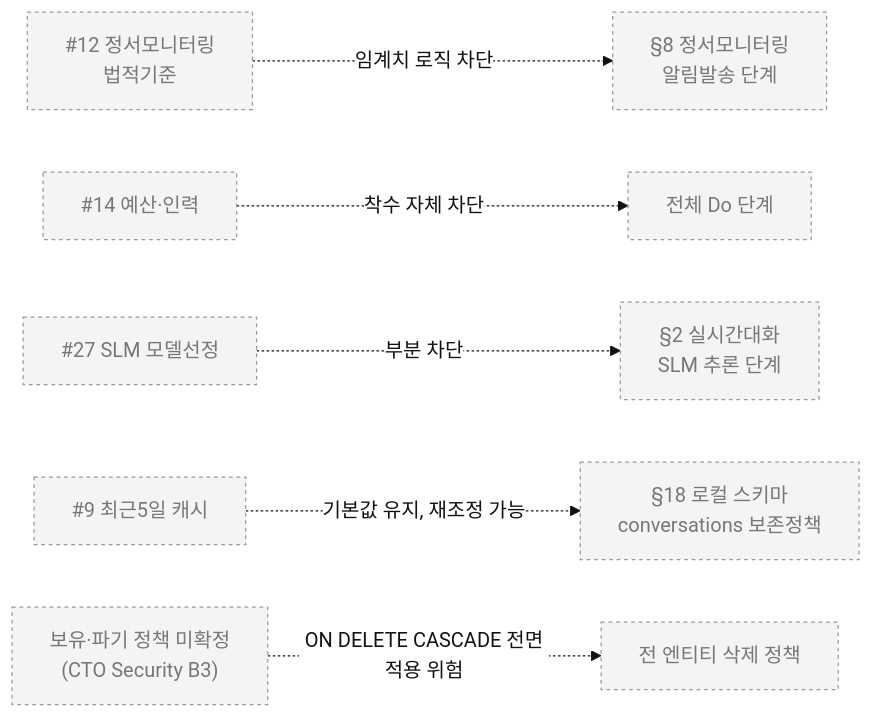
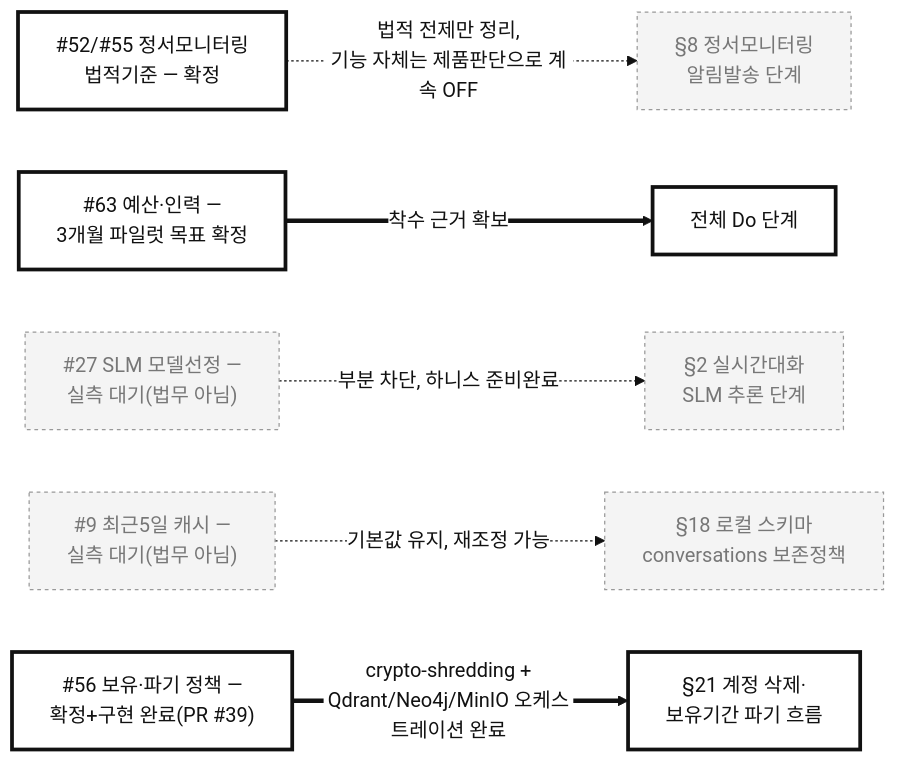
Diagram 21 of 23 in docs/02-design/workflow-diagrams.md (boheni07/SilverYarn), drawn with Mermaid before and after one commit. The commit also changed other lines of this file and 8 other files, not shown here.

````diff
--- a/docs/02-design/workflow-diagrams.md
+++ b/docs/02-design/workflow-diagrams.md
@@ -592,11 +594,12 @@
 ```mermaid
 %%{init: {'theme':'base', 'themeVariables': {'primaryColor':'#ffffff','primaryTextColor':'#111111','primaryBorderColor':'#111111','lineColor':'#111111','background':'#ffffff','mainBkg':'#ffffff','textColor':'#111111','edgeLabelBackground':'#ffffff'}}}%%
 flowchart LR
-    D1["#12 정서모니터링<br/>법적기준"]:::off -.->|"임계치 로직 차단"| P8["§8 정서모니터링<br/>알림발송 단계"]:::off
-    D2["#14 예산·인력"]:::off -.->|"착수 자체 차단"| ALL["전체 Do 단계"]:::off
-    D3["#27 SLM 모델선정"]:::off -.->|"부분 차단"| P2["§2 실시간대화<br/>SLM 추론 단계"]:::off
-    D4["#9 최근5일 캐시"]:::off -.->|"기본값 유지, 재조정 가능"| P18["§18 로컬 스키마<br/>conversations 보존정책"]:::off
-    D6["보유·파기 정책 미확정<br/>(CTO Security B3)"]:::off -.->|"ON DELETE CASCADE 전면적용 위험"| PALL["전 엔티티 삭제 정책"]:::off
+    D1["#52/#55 정서모니터링<br/>법적기준 — 확정"]:::strong -.->|"법적 전제만 정리,<br/>기능 자체는 제품판단으로 계속 OFF"| P8["§8 정서모니터링<br/>알림발송 단계"]:::off
+    D2["#63 예산·인력 —<br/>3개월 파일럿 목표 확정"]:::strong ==>|"착수 근거 확보"| ALL["전체 Do 단계"]:::strong
+    D3["#27 SLM 모델선정 —<br/>실측 대기(법무 아님)"]:::off -.->|"부분 차단, 하니스 준비완료"| P2["§2 실시간대화<br/>SLM 추론 단계"]:::off
+    D4["#9 최근5일 캐시 —<br/>실측 대기(법무 아님)"]:::off -.->|"기본값 유지, 재조정 가능"| P18["§18 로컬 스키마<br/>conversations 보존정책"]:::off
+    D6["#56 보유·파기 정책 —<br/>확정+구현 완료(PR #39)"]:::strong ==>|"crypto-shredding +<br/>Qdrant/Neo4j/MinIO 오케스트레이션 완료"| PALL["§21 계정 삭제·<br/>보유기간 파기 흐름"]:::strong
 
     classDef off fill:#f4f4f4,color:#777777,stroke:#999999,stroke-width:1px,stroke-dasharray: 3 3;
+    classDef strong fill:#ffffff,color:#111111,stroke:#111111,stroke-width:3px;
 ```
````
